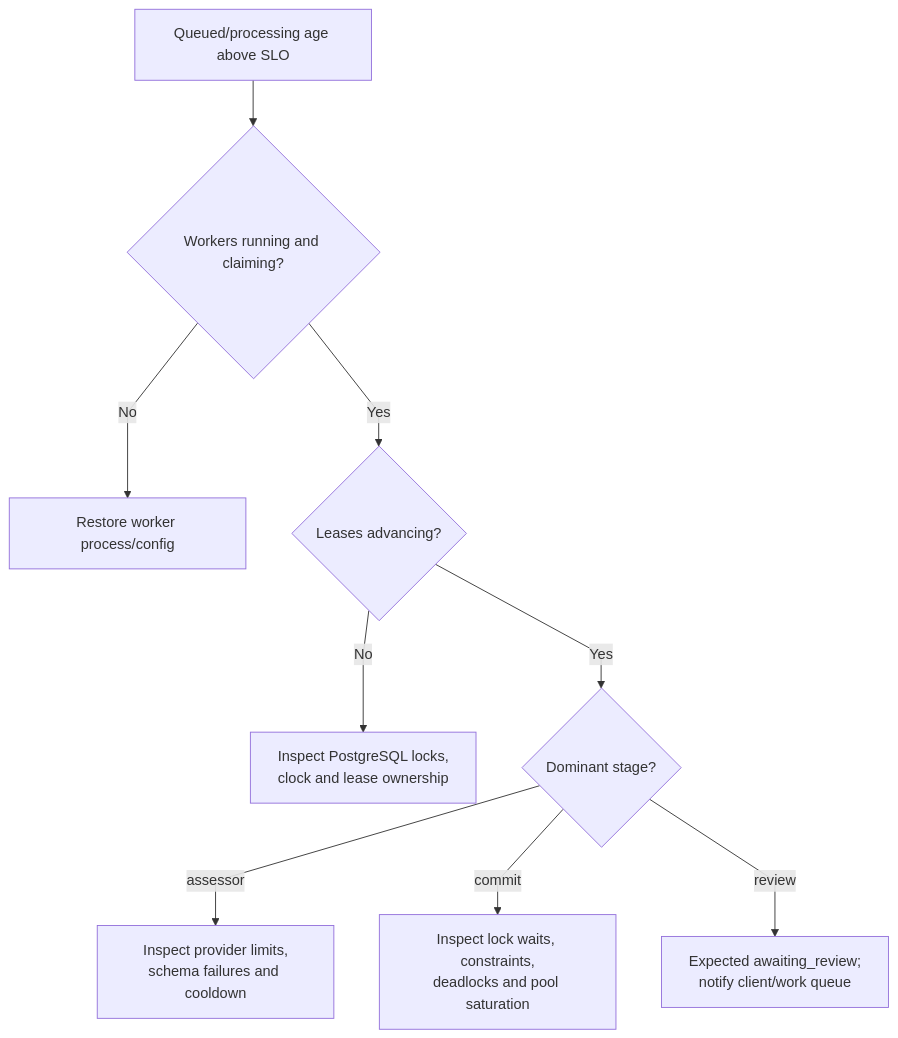
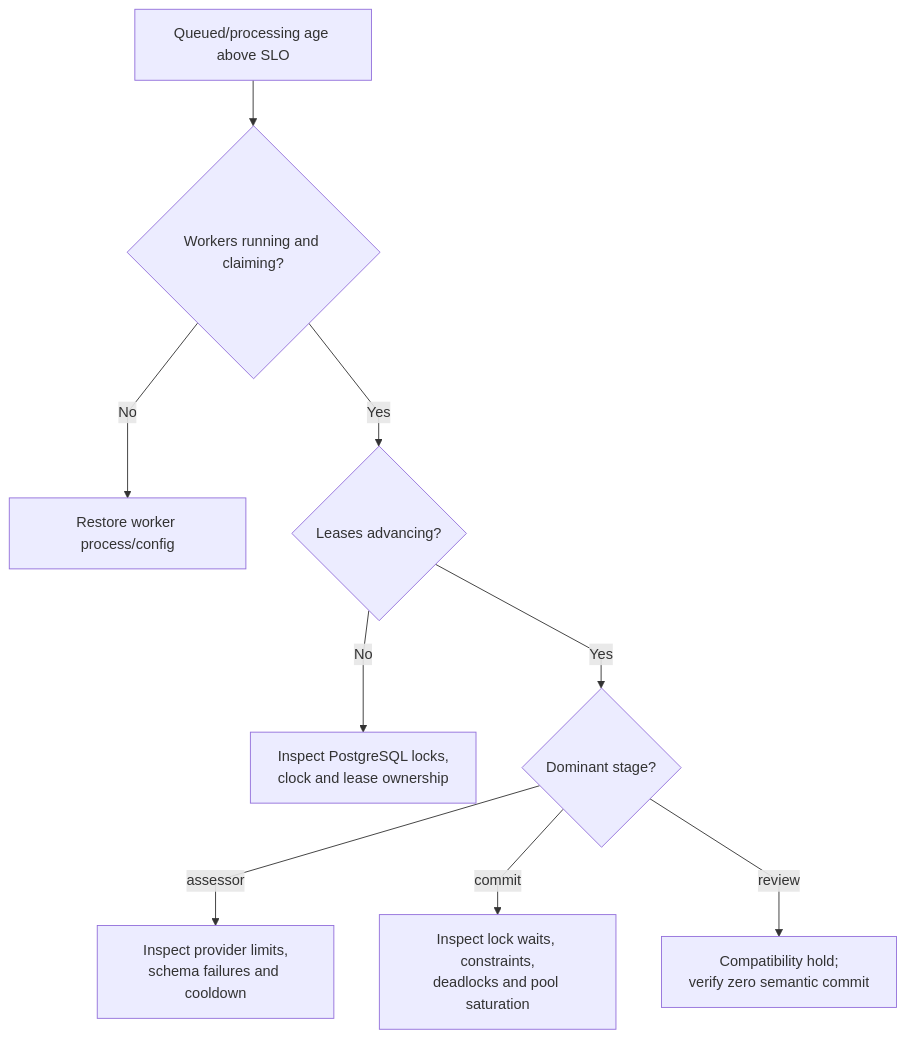
The fourth of 10 diagrams in Operations-Runbook.md (markhuangai/dense-mem), drawn with Mermaid before and after one commit. The commit also changed other lines of this file and 19 other files, not shown here.

````diff
--- a/Operations-Runbook.md
+++ b/Operations-Runbook.md
@@ -195,12 +195,12 @@
 ```mermaid
 %%{init: {"flowchart": {"curve": "linear"}}}%%
 flowchart TD
   Backlog["Queued/processing age above SLO"] --> Workers{"Workers running and claiming?"}
   Workers -- No --> Start["Restore worker process/config"]
   Workers -- Yes --> Lease{"Leases advancing?"}
   Lease -- No --> Locks["Inspect PostgreSQL locks,<br/>clock and lease ownership"]
   Lease -- Yes --> Stage{"Dominant stage?"}
   Stage -- assessor --> Provider["Inspect provider limits,<br/>schema failures and cooldown"]
   Stage -- commit --> DB["Inspect lock waits, constraints,<br/>deadlocks and pool saturation"]
-  Stage -- review --> Review["Expected awaiting_review;<br/>notify client/work queue"]
+  Stage -- review --> Review["Compatibility hold;<br/>verify zero semantic commit"]
 ```
````
